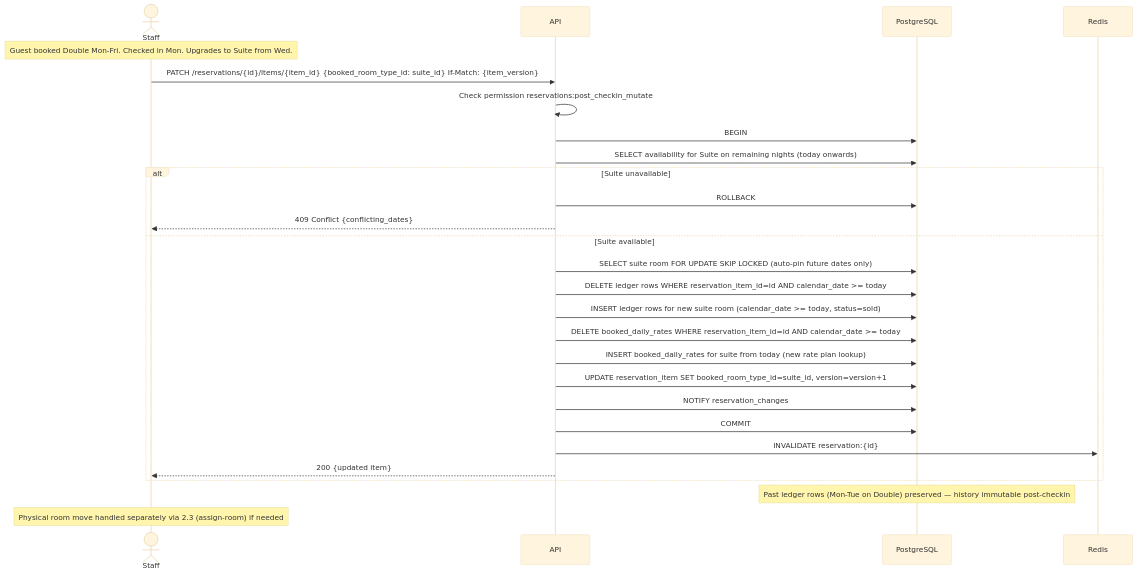
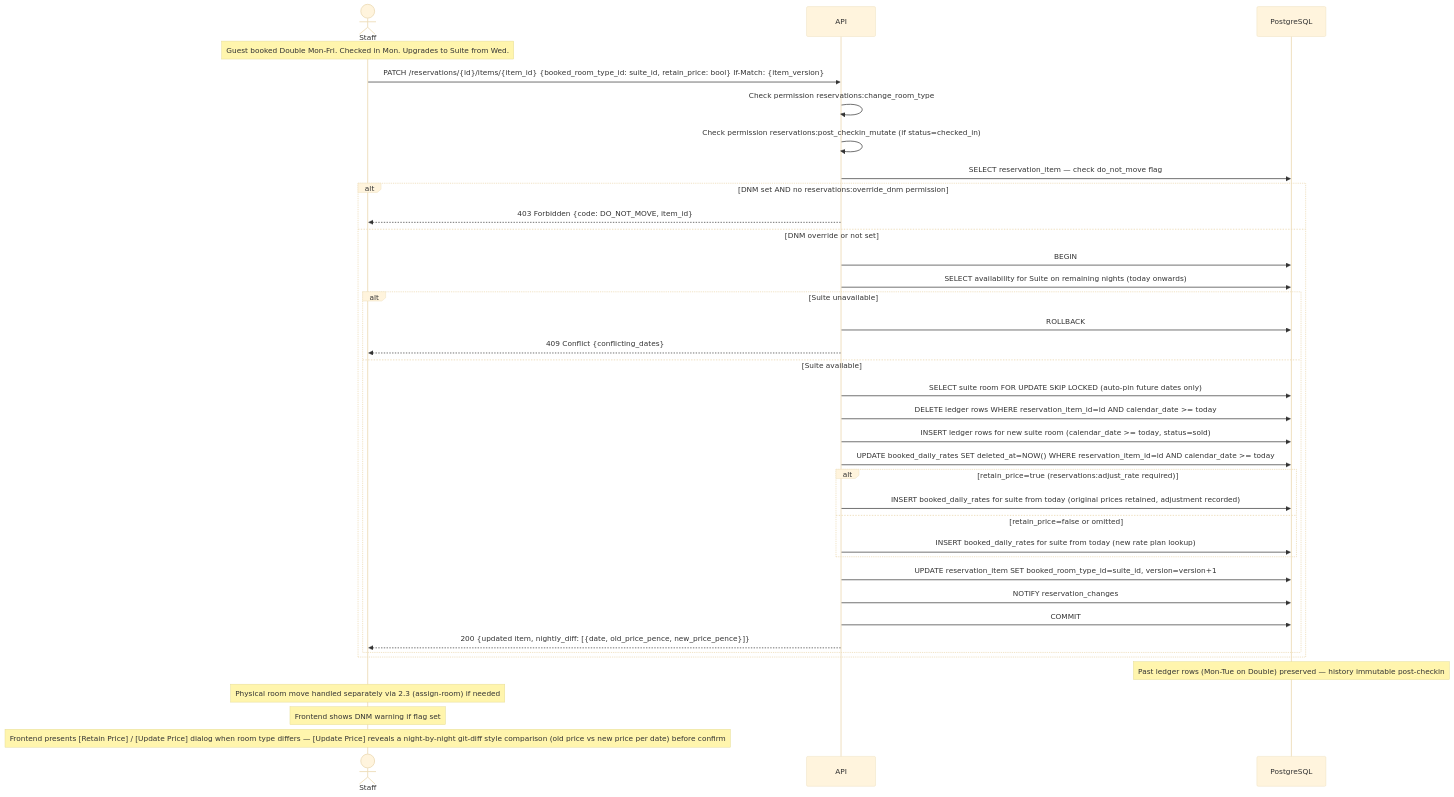
One commit to mallytj/yop-pms changed diagram 11 of 33 in docs/flows/reservations.md. Above: the diagram before and after it, drawn with Mermaid (base theme). The commit also changed other lines of this file, not shown here.

Commit message:
docs(reservations): update the flows post review

````diff
--- a/docs/flows/reservations.md
+++ b/docs/flows/reservations.md
@@ -507,32 +570,42 @@
 ```mermaid
 sequenceDiagram
     actor Staff
     participant API
     participant DB as PostgreSQL
-    participant Redis
 
     Note over Staff: Guest booked Double Mon-Fri. Checked in Mon. Upgrades to Suite from Wed.
 
-    Staff->>API: PATCH /reservations/{id}/items/{item_id} {booked_room_type_id: suite_id} If-Match: {item_version}
-    API->>API: Check permission reservations:post_checkin_mutate
-    API->>DB: BEGIN
-    API->>DB: SELECT availability for Suite on remaining nights (today onwards)
-    alt Suite unavailable
-        API->>DB: ROLLBACK
-        API-->>Staff: 409 Conflict {conflicting_dates}
-    else Suite available
-        API->>DB: SELECT suite room FOR UPDATE SKIP LOCKED (auto-pin future dates only)
-        API->>DB: DELETE ledger rows WHERE reservation_item_id=id AND calendar_date >= today
-        API->>DB: INSERT ledger rows for new suite room (calendar_date >= today, status=sold)
-        API->>DB: DELETE booked_daily_rates WHERE reservation_item_id=id AND calendar_date >= today
-        API->>DB: INSERT booked_daily_rates for suite from today (new rate plan lookup)
-        API->>DB: UPDATE reservation_item SET booked_room_type_id=suite_id, version=version+1
-        API->>DB: NOTIFY reservation_changes
-        API->>DB: COMMIT
-        API->>Redis: INVALIDATE reservation:{id}
-        API-->>Staff: 200 {updated item}
+    Staff->>API: PATCH /reservations/{id}/items/{item_id} {booked_room_type_id: suite_id, retain_price: bool} If-Match: {item_version}
+    API->>API: Check permission reservations:change_room_type
+    API->>API: Check permission reservations:post_checkin_mutate (if status=checked_in)
+    API->>DB: SELECT reservation_item — check do_not_move flag
+    alt DNM set AND no reservations:override_dnm permission
+        API-->>Staff: 403 Forbidden {code: DO_NOT_MOVE, item_id}
+    else DNM override or not set
+        API->>DB: BEGIN
+        API->>DB: SELECT availability for Suite on remaining nights (today onwards)
+        alt Suite unavailable
+            API->>DB: ROLLBACK
+            API-->>Staff: 409 Conflict {conflicting_dates}
+        else Suite available
+            API->>DB: SELECT suite room FOR UPDATE SKIP LOCKED (auto-pin future dates only)
+            API->>DB: DELETE ledger rows WHERE reservation_item_id=id AND calendar_date >= today
+            API->>DB: INSERT ledger rows for new suite room (calendar_date >= today, status=sold)
+            API->>DB: UPDATE booked_daily_rates SET deleted_at=NOW() WHERE reservation_item_id=id AND calendar_date >= today
+            alt retain_price=true (reservations:adjust_rate required)
+                API->>DB: INSERT booked_daily_rates for suite from today (original prices retained, adjustment recorded)
+            else retain_price=false or omitted
+                API->>DB: INSERT booked_daily_rates for suite from today (new rate plan lookup)
+            end
+            API->>DB: UPDATE reservation_item SET booked_room_type_id=suite_id, version=version+1
+            API->>DB: NOTIFY reservation_changes
+            API->>DB: COMMIT
+            API-->>Staff: 200 {updated item, nightly_diff: [{date, old_price_pence, new_price_pence}]}
+        end
     end
 
     Note over DB: Past ledger rows (Mon-Tue on Double) preserved — history immutable post-checkin
     Note over Staff: Physical room move handled separately via 2.3 (assign-room) if needed
+    Note over Staff: Frontend shows DNM warning if flag set
+    Note over Staff: Frontend presents [Retain Price] / [Update Price] dialog when room type differs — [Update Price] reveals a night-by-night git-diff style comparison (old price vs new price per date) before confirm
 ```
````
